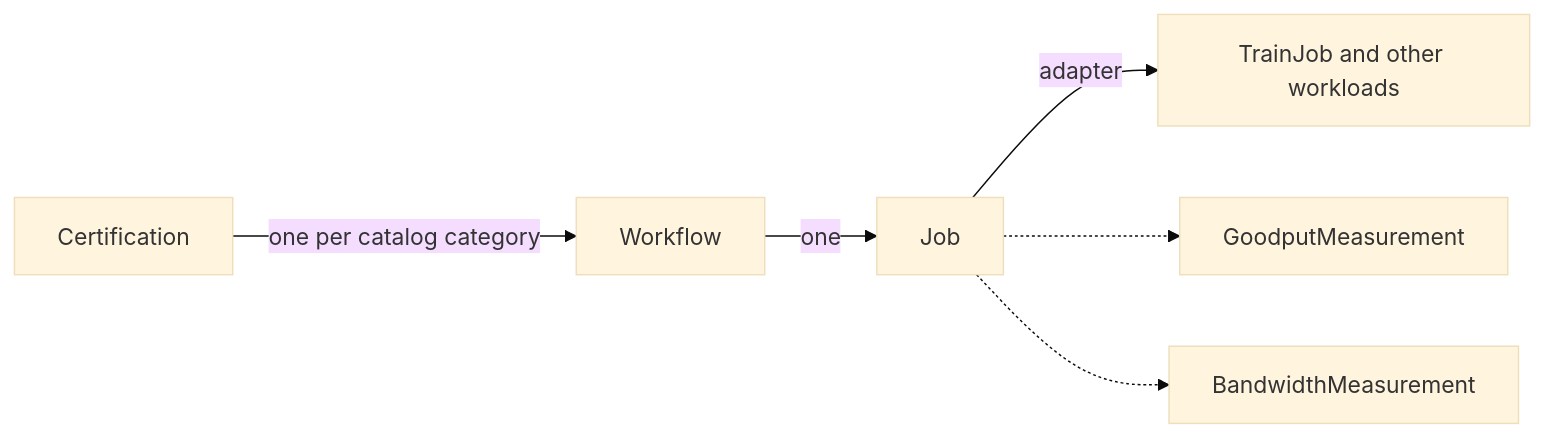
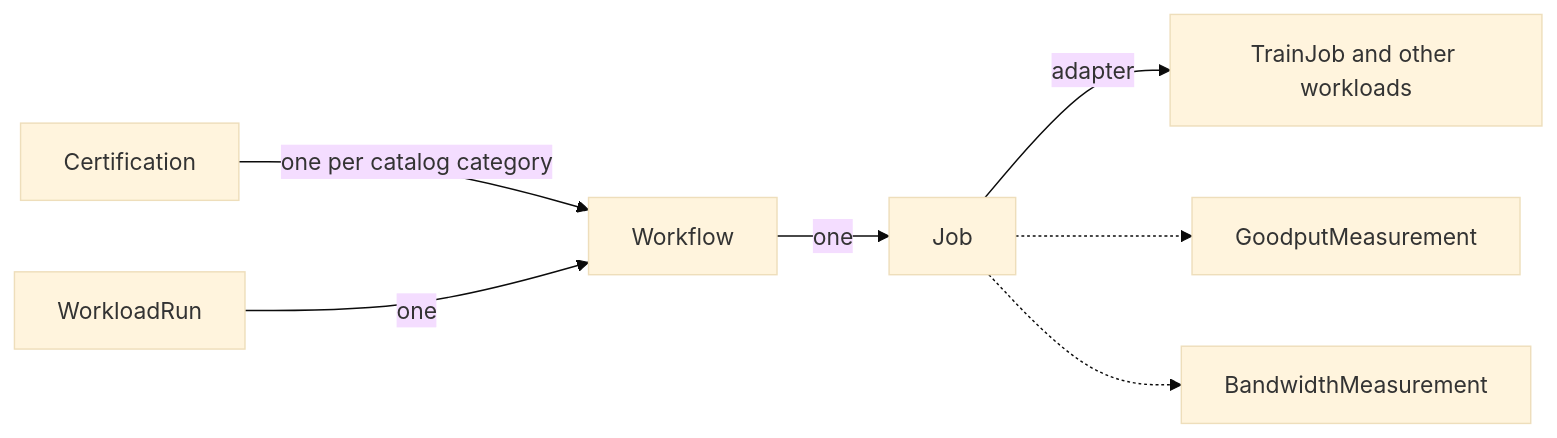
The diagram in README.md (NVIDIA/cluster-readiness-engine), drawn with Mermaid (base theme) before and after one commit. The commit also changed other lines of this file, not shown here.

First line of the commit message:
docs(readme): add WorkloadRun to the "How it works" diagram (#247)

````diff
--- a/README.md
+++ b/README.md
@@ -28,8 +28,9 @@
 ```mermaid
 flowchart LR
     C[Certification] -->|one per catalog category| W[Workflow]
+    R[WorkloadRun] -->|one| W
     W -->|one| J[Job]
     J -->|adapter| T[TrainJob and other workloads]
     J -.-> G[GoodputMeasurement]
     J -.-> B[BandwidthMeasurement]
 ```
````
